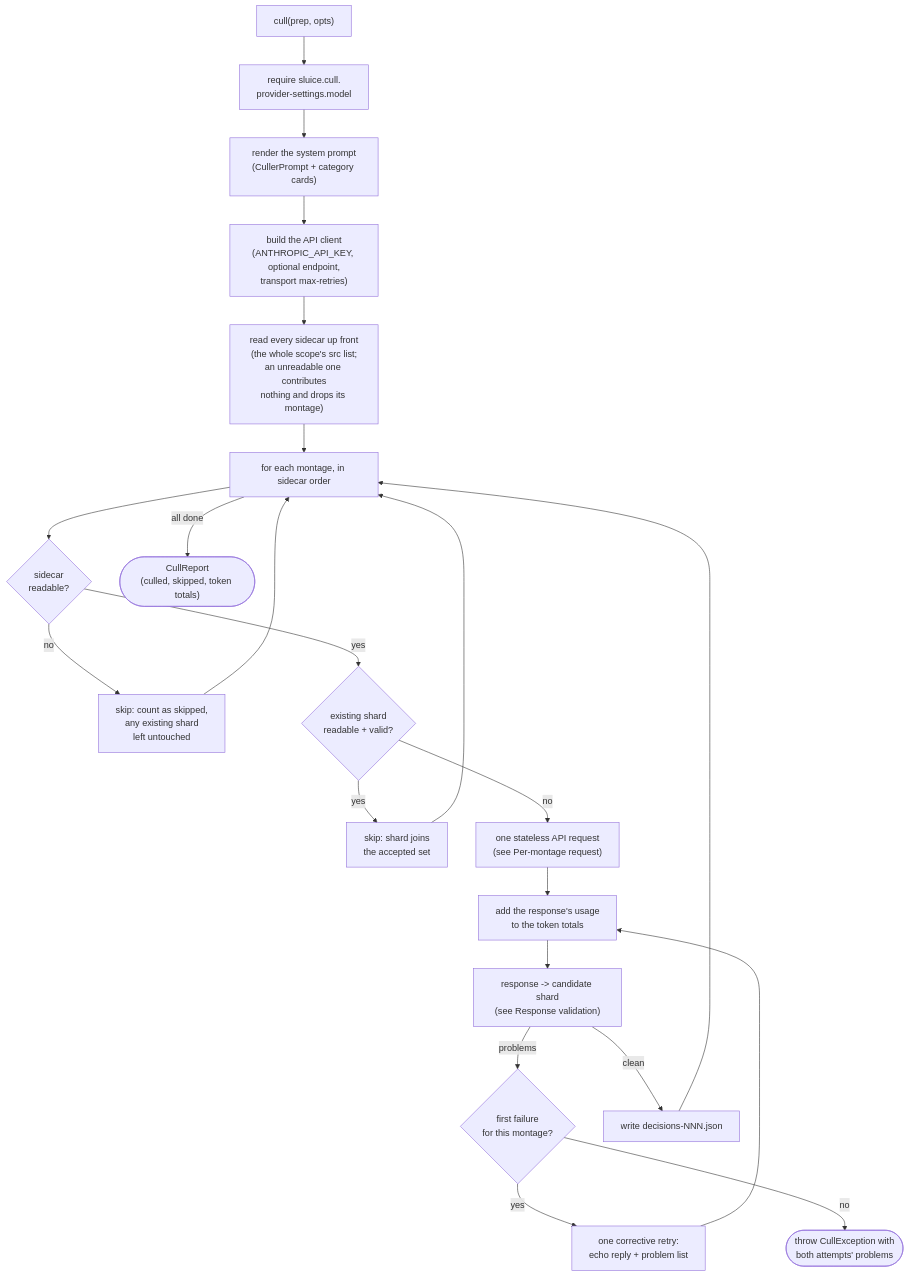
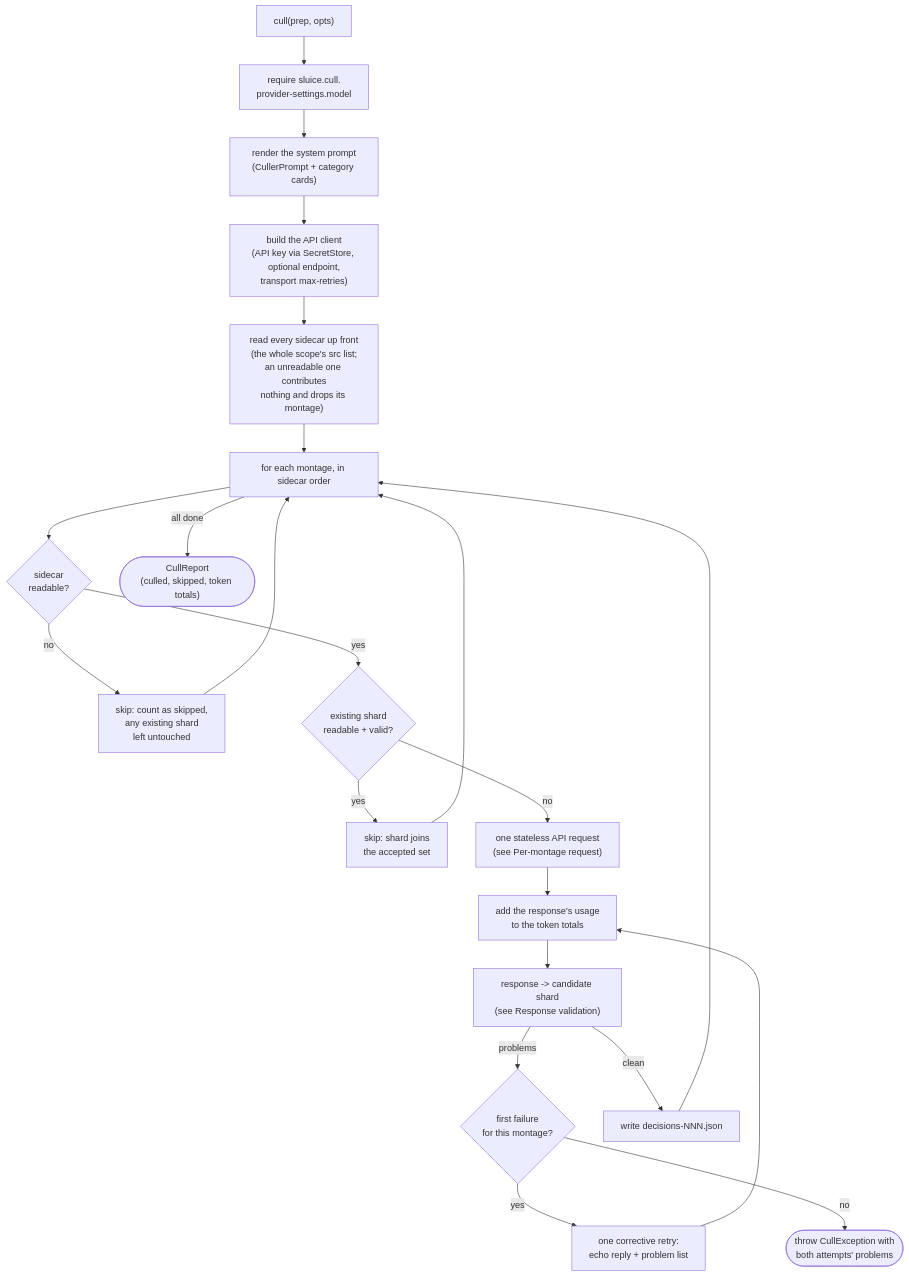
Before and after one commit to AdrianNachev91/sluice: the first of 3 diagrams in app/docs/design/adapter/vision/anthropic-culler.md, drawn with Mermaid. The commit also changed other lines of this file and 22 other files, not shown here.

````diff
--- a/app/docs/design/adapter/vision/anthropic-culler.md
+++ b/app/docs/design/adapter/vision/anthropic-culler.md
@@ -13,24 +13,24 @@
 ```mermaid
 flowchart TD
     A["cull(prep, opts)"] --> B["require sluice.cull.<br/>provider-settings.model"]
     B --> C["render the system prompt<br/>(CullerPrompt + category cards)"]
-    C --> D["build the API client<br/>(ANTHROPIC_API_KEY, optional endpoint,<br/>transport max-retries)"]
+    C --> D["build the API client<br/>(API key via SecretStore, optional endpoint,<br/>transport max-retries)"]
     D --> W["read every sidecar up front<br/>(the whole scope's src list;<br/>an unreadable one contributes<br/>nothing and drops its montage)"]
     W --> E["for each montage, in sidecar order"]
     E --> Q{"sidecar<br/>readable?"}
     Q -- no --> S2["skip: count as skipped,<br/>any existing shard<br/>left untouched"]
     S2 --> E
     Q -- yes --> R{"existing shard<br/>readable + valid?"}
     R -- yes --> S["skip: shard joins<br/>the accepted set"]
     S --> E
     R -- no --> F["one stateless API request<br/>(see Per-montage request)"]
     F --> J["add the response's usage<br/>to the token totals"]
     J --> G["response -> candidate shard<br/>(see Response validation)"]
     G -- problems --> T{"first failure<br/>for this montage?"}
     T -- yes --> U["one corrective retry:<br/>echo reply + problem list"]
     U --> J
     T -- no --> X(["throw CullException with<br/>both attempts' problems"])
     G -- clean --> I["write decisions-NNN.json"]
     I --> E
     E -- all done --> K(["CullReport<br/>(culled, skipped, token totals)"])
 ```
````
